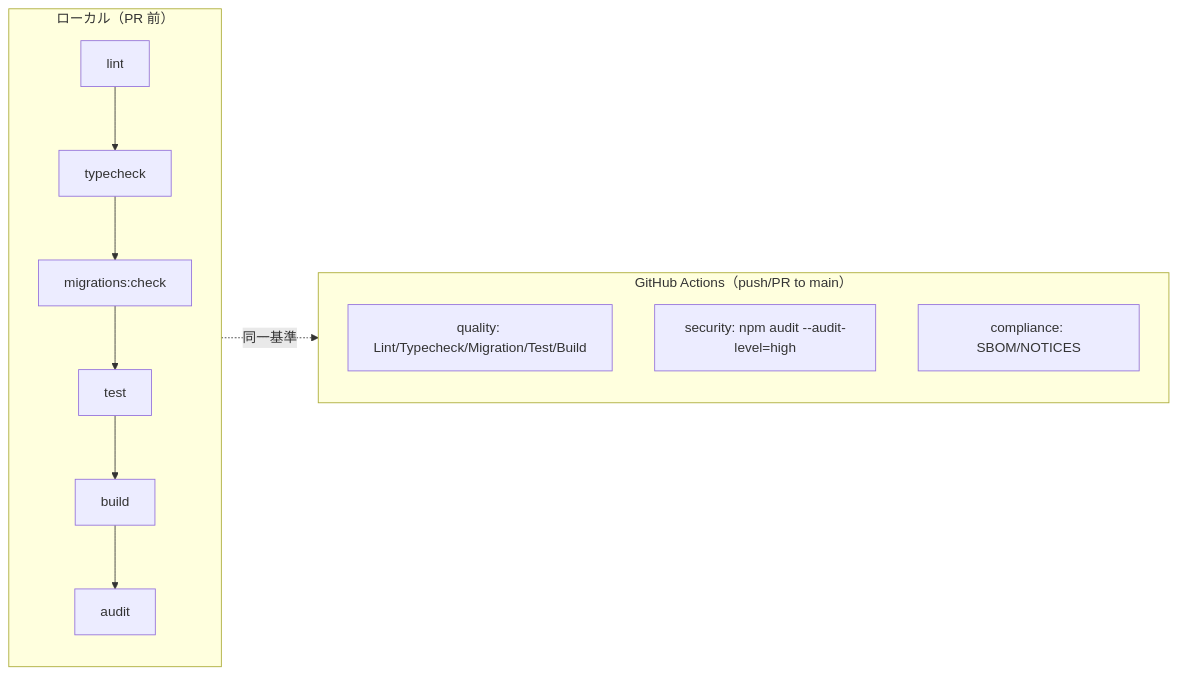
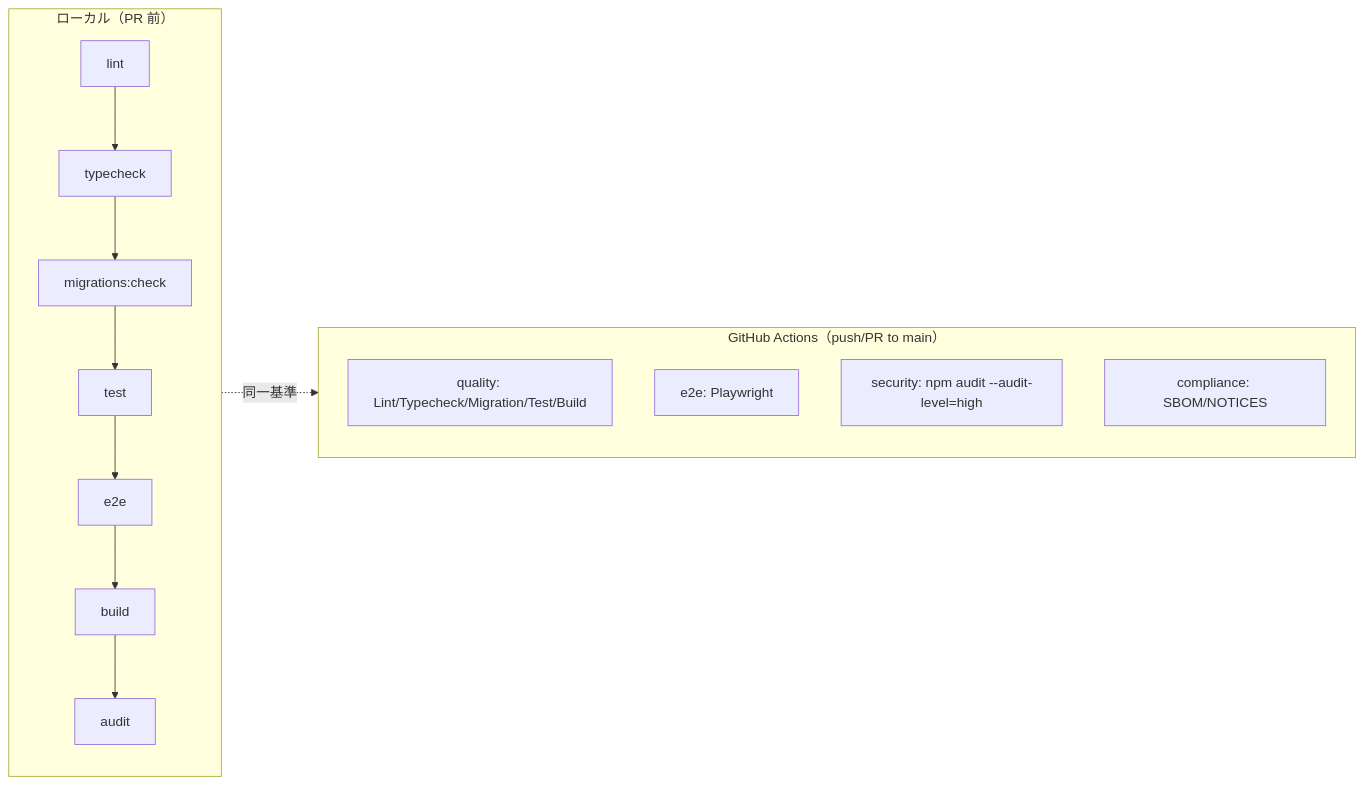
One commit to Kensan196948G/CivilDraft-Web-CAD changed the first of 3 diagrams in docs/operations/operations-manual.md. Above: the diagram before and after it, drawn with Mermaid. The commit also changed other lines of this file and 22 other files, not shown here.

````diff
--- a/docs/operations/operations-manual.md
+++ b/docs/operations/operations-manual.md
@@ -88,12 +88,13 @@
 ```mermaid
 flowchart LR
     subgraph LOCAL["ローカル（PR 前）"]
-      L1["lint"] --> L2["typecheck"] --> L3["migrations:check"] --> L4["test"] --> L5["build"] --> L6["audit"]
+      L1["lint"] --> L2["typecheck"] --> L3["migrations:check"] --> L4["test"] --> L5["e2e"] --> L6["build"] --> L7["audit"]
     end
     subgraph CI["GitHub Actions（push/PR to main）"]
       Q["quality: Lint/Typecheck/Migration/Test/Build"]
+      E["e2e: Playwright"]
       S["security: npm audit --audit-level=high"]
       C["compliance: SBOM/NOTICES"]
     end
     LOCAL -.->|同一基準| CI
 ```
````
